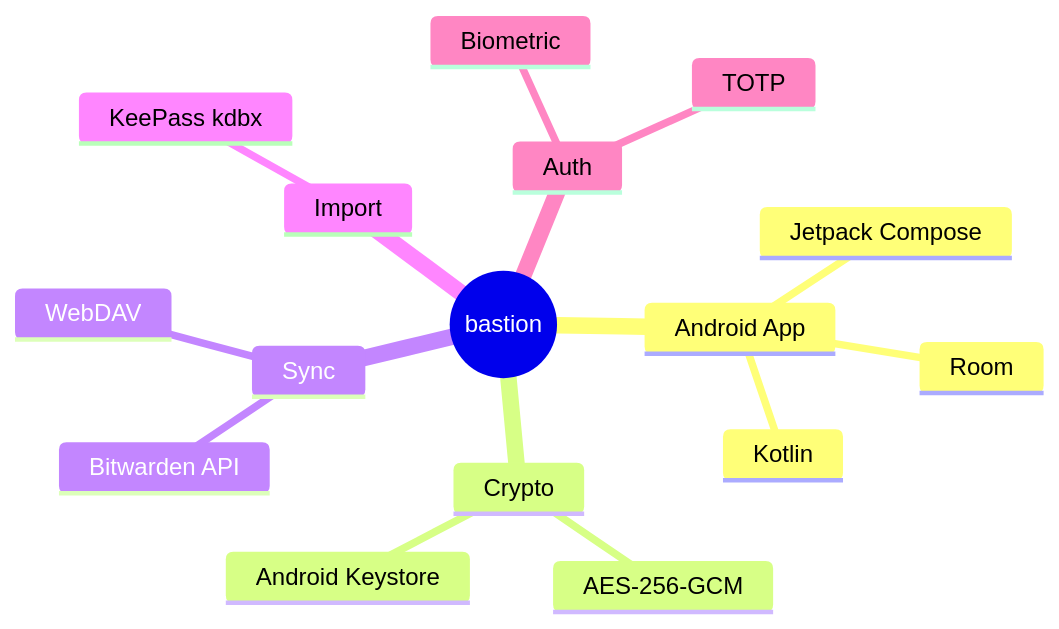
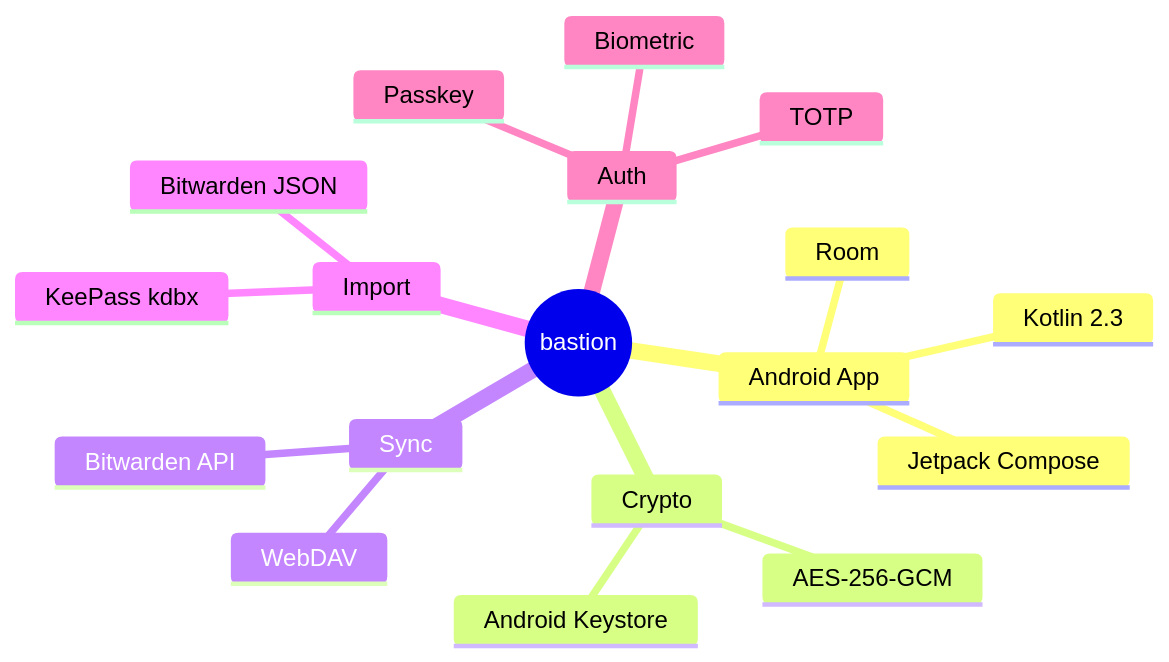
One commit to Chaniug/bastion changed the second of 2 diagrams in README.md. Above: the diagram before and after it, drawn with Mermaid. The commit also changed other lines of this file and 5 other files, not shown here.

````diff
--- a/README.md
+++ b/README.md
@@ -143,19 +157,21 @@
 ```mermaid
 mindmap
   root((bastion))
     Android App
-      Kotlin
+      Kotlin 2.3
       Jetpack Compose
       Room
     Crypto
       AES-256-GCM
       Android Keystore
     Sync
       WebDAV
       Bitwarden API
     Import
       KeePass kdbx
+      Bitwarden JSON
     Auth
       TOTP
       Biometric
+      Passkey
 ```
````
